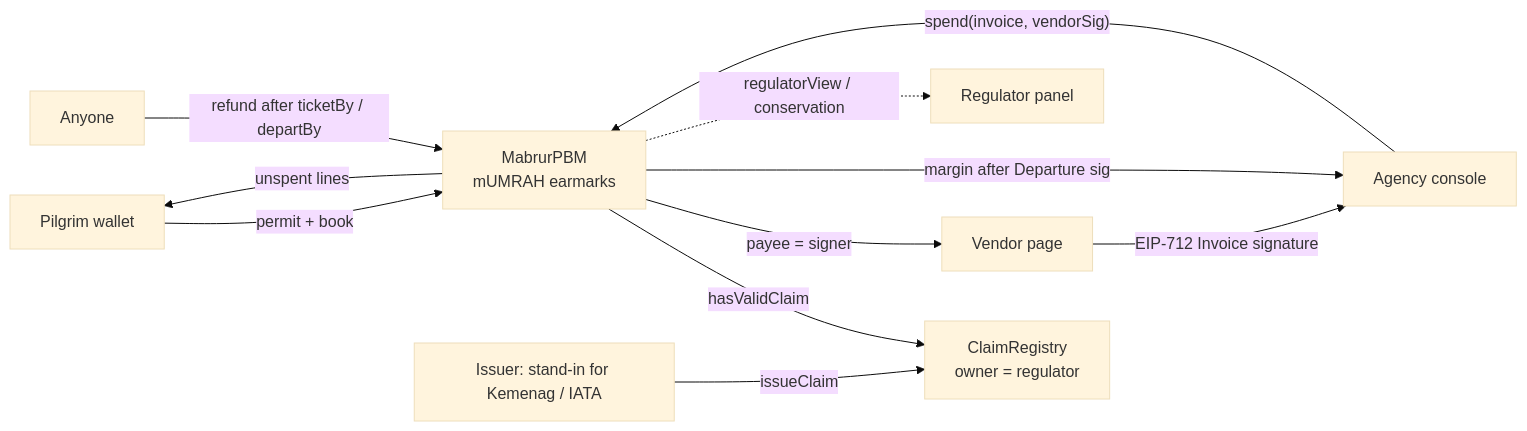
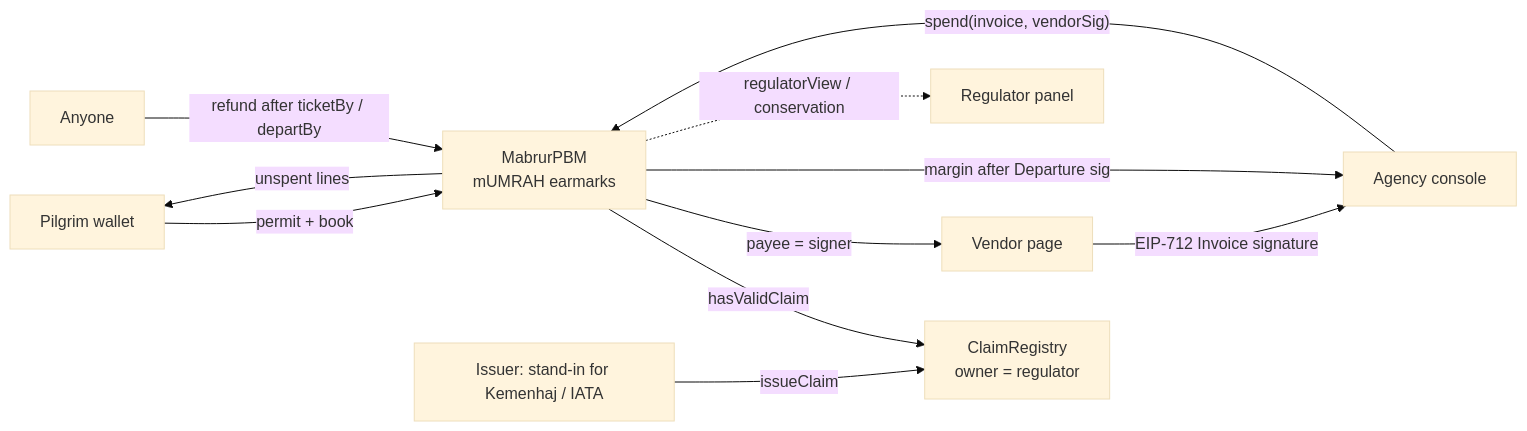
Before and after one commit to edycutjong/mabrur: the diagram in README.en.md, drawn with Mermaid (base theme). The commit also changed other lines of this file and 11 other files, not shown here.

````diff
--- a/README.en.md
+++ b/README.en.md
@@ -90,13 +91,13 @@
 ```mermaid
 flowchart LR
   P[Pilgrim wallet] -- permit + book --> PBM[MabrurPBM<br/>mUMRAH earmarks]
   A[Agency console] -- spend(invoice, vendorSig) --> PBM
   V[Vendor page] -- EIP-712 Invoice signature --> A
   PBM -- hasValidClaim --> R[ClaimRegistry<br/>owner = regulator]
-  I[Issuer: stand-in for Kemenag / IATA] -- issueClaim --> R
+  I[Issuer: stand-in for Kemenhaj / IATA] -- issueClaim --> R
   PBM -- payee = signer --> V
   PBM -- margin after Departure sig --> A
   X[Anyone] -- refund after ticketBy / departBy --> PBM
   PBM -- unspent lines --> P
   PBM -. regulatorView / conservation .-> G[Regulator panel]
 ```
````
